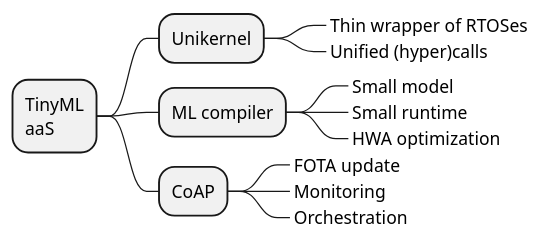
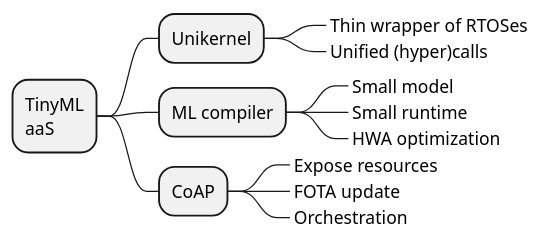
Before and after one commit to doyu/elc2019: the diagram in summary-3enablers.puml, drawn with PlantUML.

Commit message:
summary-3enablers: "Expose resources"

```diff
--- a/summary-3enablers.puml
+++ b/summary-3enablers.puml
@@ -1,16 +1,16 @@
 @startmindmap
 
 * TinyML\naaS
 ** Unikernel
 ***_ Thin wrapper of RTOSes
 ***_ Unified (hyper)calls
 ** ML compiler
 ***_ Small model
 ***_ Small runtime
 ***_ HWA optimization
 ** CoAP
+***_ Expose resources
 ***_ FOTA update
-***_ Monitoring
 ***_ Orchestration
 
 @endmindmap
```
